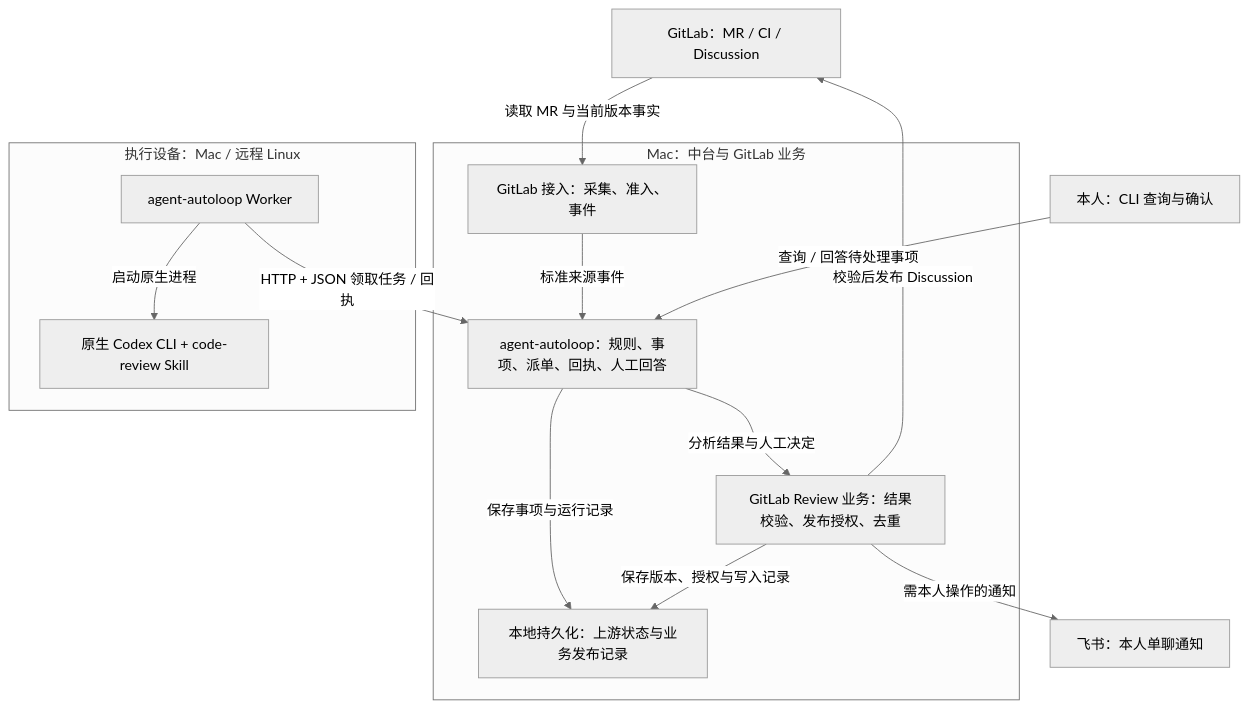
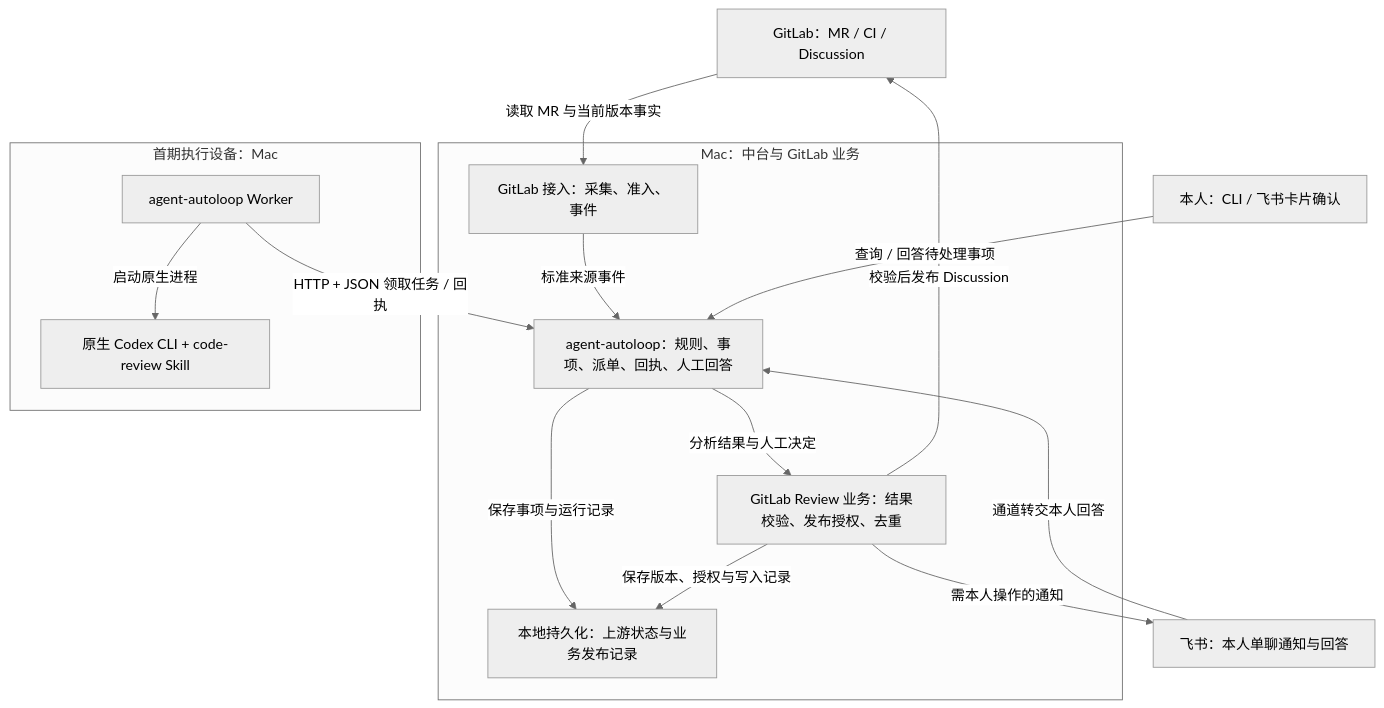
Before and after one commit to OOSYOO/agent-autoloop: the diagram in Local_Agent_Automation_PRD_v1.0.md, drawn with Mermaid (neutral theme). The commit also changed other lines of this file and 1 other file, not shown here.

Commit message:
docs: finalize approved Mac-first GitLab review scope

````diff
--- a/Local_Agent_Automation_PRD_v1.0.md
+++ b/Local_Agent_Automation_PRD_v1.0.md
@@ -44,26 +45,27 @@
 ```mermaid
 flowchart TB
     GL["GitLab：MR / CI / Discussion"]
-    USER["本人：CLI 查询与确认"]
-    FS["飞书：本人单聊通知"]
+    USER["本人：CLI / 飞书卡片确认"]
+    FS["飞书：本人单聊通知与回答"]
     subgraph MAC["Mac：中台与 GitLab 业务"]
         IN["GitLab 接入：采集、准入、事件"]
         HUB["agent-autoloop：规则、事项、派单、回执、人工回答"]
         OUT["GitLab Review 业务：结果校验、发布授权、去重"]
         DATA["本地持久化：上游状态与业务发布记录"]
     end
-    subgraph EXEC["执行设备：Mac / 远程 Linux"]
+    subgraph EXEC["首期执行设备：Mac"]
         W["agent-autoloop Worker"]
         CLI["原生 Codex CLI + code-review Skill"]
     end
     GL -->|"读取 MR 与当前版本事实"| IN
     IN -->|"标准来源事件"| HUB
     USER -->|"查询 / 回答待处理事项"| HUB
     W -->|"HTTP + JSON 领取任务 / 回执"| HUB
     W -->|"启动原生进程"| CLI
     HUB -->|"分析结果与人工决定"| OUT
     OUT -->|"校验后发布 Discussion"| GL
     OUT -->|"需本人操作的通知"| FS
+    FS -->|"通道转交本人回答"| HUB
     HUB -->|"保存事项与运行记录"| DATA
     OUT -->|"保存版本、授权与写入记录"| DATA
 ```
````
